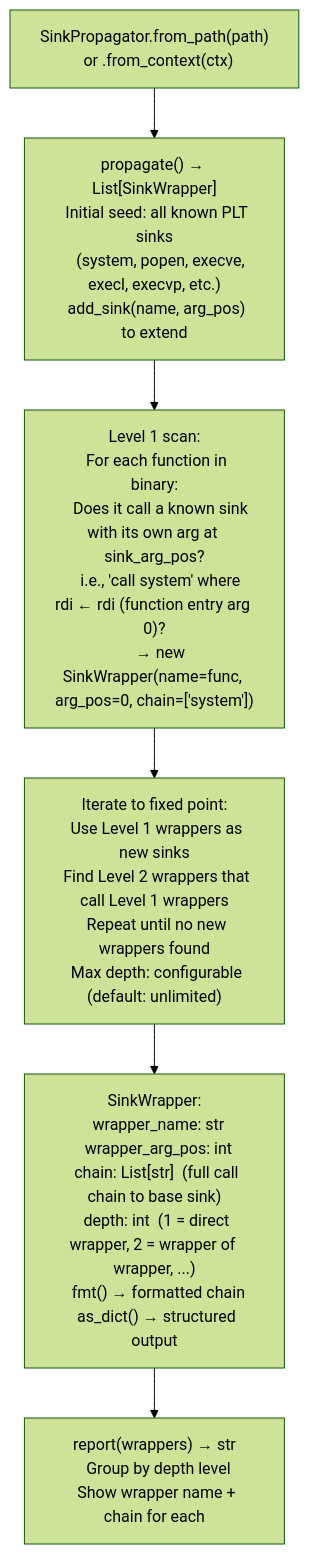
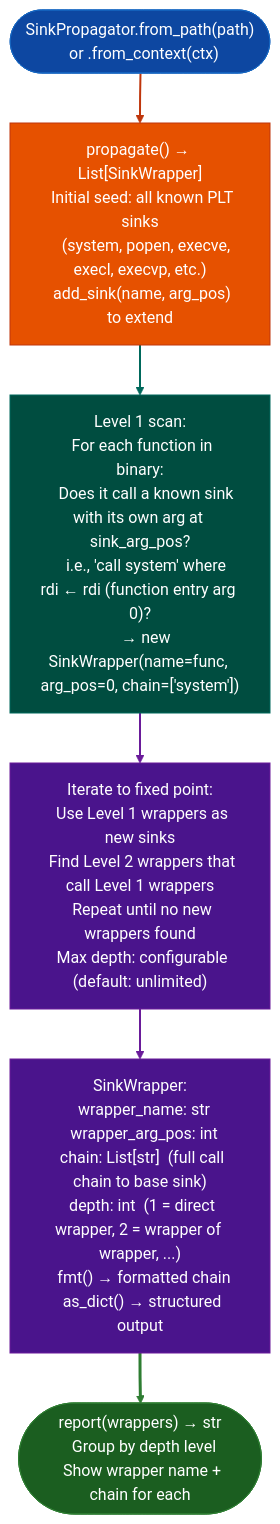
The diagram in docs/reference-modules/transitive-sink-wrapper-discovery.md (Ablation-Tool/ablation), drawn with Mermaid (forest theme) before and after one commit. The commit also changed 320 other files, not shown here.

First line of the commit message:
docs: apply canonical Mermaid template to all 321 diagrams

````diff
--- a/docs/reference-modules/transitive-sink-wrapper-discovery.md
+++ b/docs/reference-modules/transitive-sink-wrapper-discovery.md
@@ -19,8 +19,19 @@
 ```mermaid
 flowchart TD
-    A["SinkPropagator.from_path(path)\n  or .from_context(ctx)"] --> B["propagate() → List[SinkWrapper]\n  Initial seed: all known PLT sinks\n    (system, popen, execve, execl, execvp, etc.)\n  add_sink(name, arg_pos) to extend"]
-    B --> C["Level 1 scan:\n  For each function in binary:\n    Does it call a known sink with its own arg at sink_arg_pos?\n    i.e., 'call system' where rdi ← rdi (function entry arg 0)?\n    → new SinkWrapper(name=func, arg_pos=0, chain=['system'])"]
-    C --> D["Iterate to fixed point:\n  Use Level 1 wrappers as new sinks\n  Find Level 2 wrappers that call Level 1 wrappers\n  Repeat until no new wrappers found\n  Max depth: configurable (default: unlimited)"]
-    D --> E["SinkWrapper:\n  wrapper_name: str\n  wrapper_arg_pos: int\n  chain: List[str]  (full call chain to base sink)\n  depth: int  (1 = direct wrapper, 2 = wrapper of wrapper, ...)\n  fmt() → formatted chain\n  as_dict() → structured output"]
-    E --> F["report(wrappers) → str\n  Group by depth level\n  Show wrapper name + chain for each"]
+    A(["SinkPropagator.from_path(path)\n  or .from_context(ctx)"]):::input --> B["propagate() → List[SinkWrapper]\n  Initial seed: all known PLT sinks\n    (system, popen, execve, execl, execvp, etc.)\n  add_sink(name, arg_pos) to extend"]:::primary
+    B:::primary --> C["Level 1 scan:\n  For each function in binary:\n    Does it call a known sink with its own arg at sink_arg_pos?\n    i.e., 'call system' where rdi ← rdi (function entry arg 0)?\n    → new SinkWrapper(name=func, arg_pos=0, chain=['system'])"]:::secondary
+    C:::secondary --> D["Iterate to fixed point:\n  Use Level 1 wrappers as new sinks\n  Find Level 2 wrappers that call Level 1 wrappers\n  Repeat until no new wrappers found\n  Max depth: configurable (default: unlimited)"]:::tertiary
+    D:::tertiary --> E["SinkWrapper:\n  wrapper_name: str\n  wrapper_arg_pos: int\n  chain: List[str]  (full call chain to base sink)\n  depth: int  (1 = direct wrapper, 2 = wrapper of wrapper, ...)\n  fmt() → formatted chain\n  as_dict() → structured output"]:::tertiary
+    E:::tertiary --> F(["report(wrappers) → str\n  Group by depth level\n  Show wrapper name + chain for each"]):::output
+    classDef input     fill:#0d47a1,stroke:#1565c0,color:#fff
+    classDef primary   fill:#e65100,stroke:#bf360c,color:#fff
+    classDef secondary fill:#004d40,stroke:#00695c,color:#fff
+    classDef tertiary  fill:#4a148c,stroke:#6a1b9a,color:#fff
+    classDef neutral   fill:#37474f,stroke:#546e7a,color:#fff
+    classDef output    fill:#1b5e20,stroke:#2e7d32,color:#fff
+    linkStyle 0 stroke:#bf360c,stroke-width:2px
+    linkStyle 1 stroke:#00695c,stroke-width:2px
+    linkStyle 2 stroke:#6a1b9a,stroke-width:2px
+    linkStyle 3 stroke:#6a1b9a,stroke-width:2px
+    linkStyle 4 stroke:#2e7d32,stroke-width:3px
 ```
````
